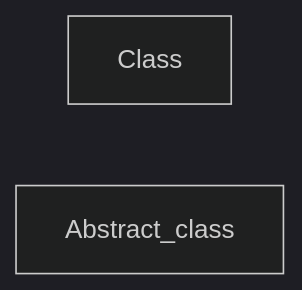
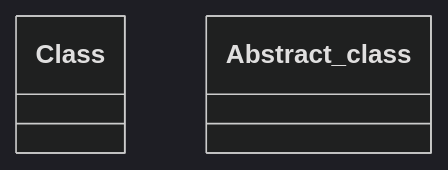
One commit to saiphanindra1010/arch_diagram_demo changed the diagram in mermade/untitled.md. Above: the diagram before and after it, drawn with Mermaid (dark theme).

Commit message:
mermade: save Untitled

````diff
--- a/mermade/untitled.md
+++ b/mermade/untitled.md
@@ -3,6 +3,6 @@
 ```mermaid
-flowchart LR
-  Class[Class]
-  Abstract_class[Abstract_class]
-%% mermade:{"v":1,"diagramType":"architecture","nodes":{"Class":{"x":250,"y":36,"w":200,"h":56,"kind":"service","members":[]},"Abstract_class":{"x":54,"y":36,"w":200,"h":56,"kind":"service","members":[]}},"groups":{},"edges":{}}
+classDiagram
+  class Class
+  class Abstract_class
+%% mermade:{"v":1,"diagramType":"class","nodes":{"Class":{"x":250,"y":36,"w":200,"h":56,"kind":"service","members":[]},"Abstract_class":{"x":54,"y":36,"w":200,"h":56,"kind":"service","members":[]}},"groups":{},"edges":{}}
 ```
````
